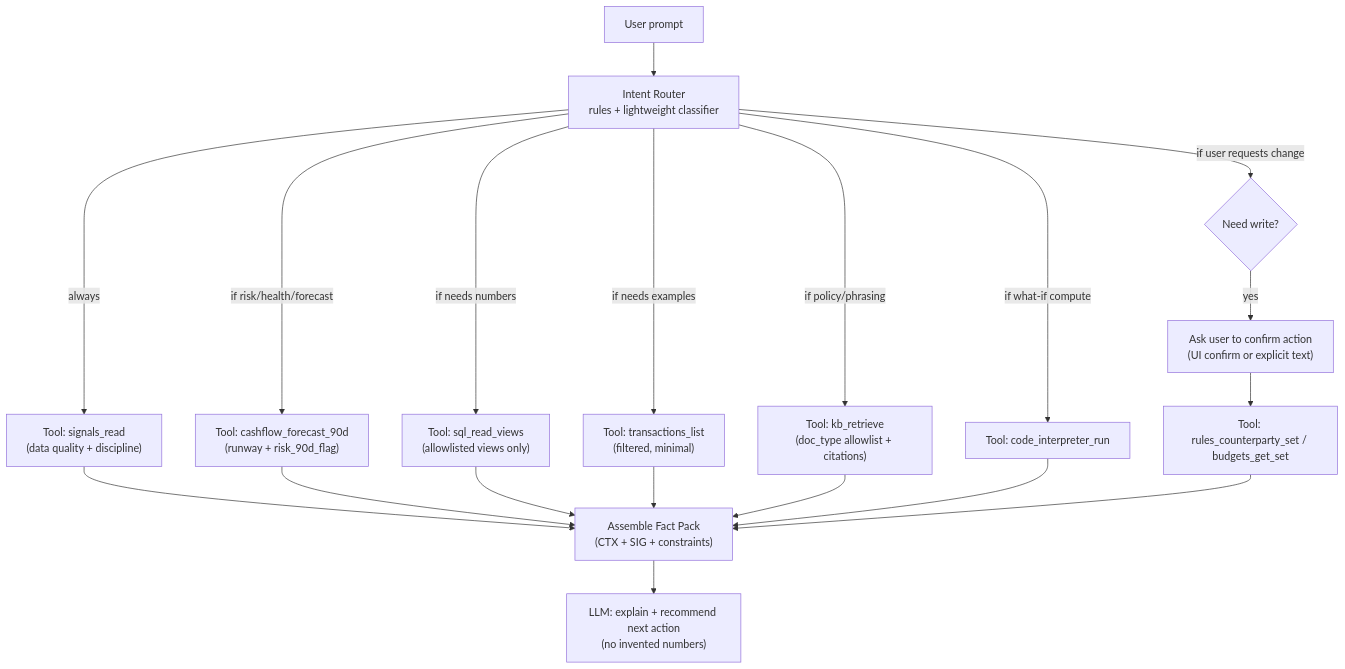
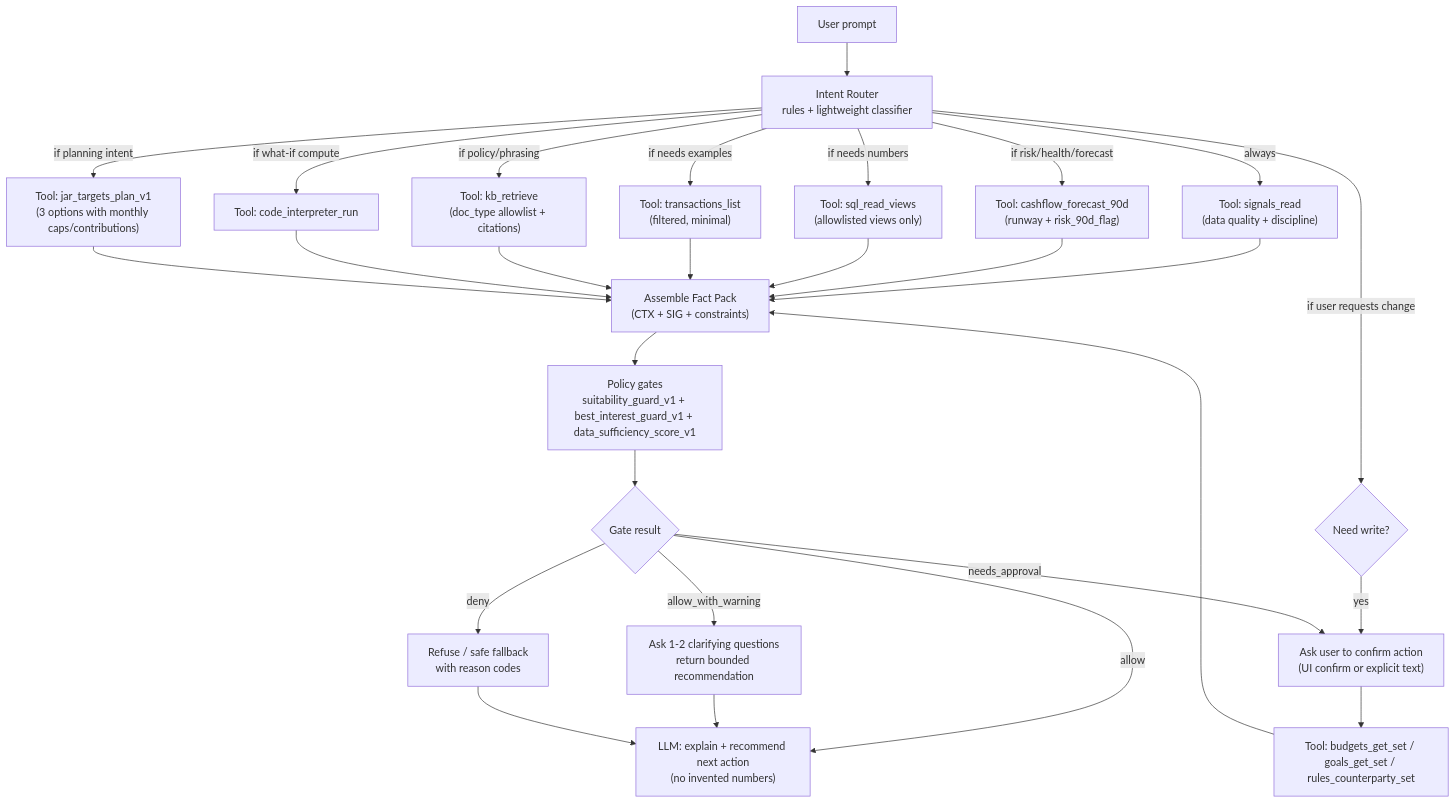
One commit to thphuc06/swin_hackathon changed the seventh of 9 diagrams in PROJECT_STACK.md. Above: the diagram before and after it, drawn with Mermaid. The commit also changed other lines of this file and 1 other file, not shown here.

````diff
--- a/PROJECT_STACK.md
+++ b/PROJECT_STACK.md
@@ -625,24 +830,33 @@
 ```mermaid
 flowchart TD
   Q["User prompt"] --> IR["Intent Router<br/>rules + lightweight classifier"]
   IR -->|always| S0["Tool: signals_read<br/>(data quality + discipline)"]
   IR -->|if risk/health/forecast| F0["Tool: cashflow_forecast_90d<br/>(runway + risk_90d_flag)"]
   IR -->|if needs numbers| SQL["Tool: sql_read_views<br/>(allowlisted views only)"]
   IR -->|if needs examples| TX["Tool: transactions_list<br/>(filtered, minimal)"]
   IR -->|if policy/phrasing| KB["Tool: kb_retrieve<br/>(doc_type allowlist + citations)"]
   IR -->|if what-if compute| CI["Tool: code_interpreter_run"]
+  IR -->|if planning intent| PL["Tool: jar_targets_plan_v1<br/>(3 options with monthly caps/contributions)"]
 
   IR -->|if user requests change| C{"Need write?"}
   C -->|yes| CONF["Ask user to confirm action<br/>(UI confirm or explicit text)"]
-  CONF --> W["Tool: rules_counterparty_set / budgets_get_set"]
+  CONF --> W["Tool: budgets_get_set / goals_get_set / rules_counterparty_set"]
 
   S0 --> PACK["Assemble Fact Pack<br/>(CTX + SIG + constraints)"]
   F0 --> PACK
   SQL --> PACK
   TX --> PACK
   KB --> PACK
   CI --> PACK
+  PL --> PACK
   W --> PACK
 
-  PACK --> OUT["LLM: explain + recommend next action<br/>(no invented numbers)"]
+  PACK --> GATE["Policy gates<br/>suitability_guard_v1 + best_interest_guard_v1 + data_sufficiency_score_v1"]
+  GATE --> DEC{"Gate result"}
+  DEC -->|allow| OUT["LLM: explain + recommend next action<br/>(no invented numbers)"]
+  DEC -->|allow_with_warning| CL["Ask 1-2 clarifying questions<br/>return bounded recommendation"]
+  CL --> OUT
+  DEC -->|needs_approval| CONF
+  DEC -->|deny| SAFE["Refuse / safe fallback<br/>with reason codes"]
+  SAFE --> OUT
 ```
````
